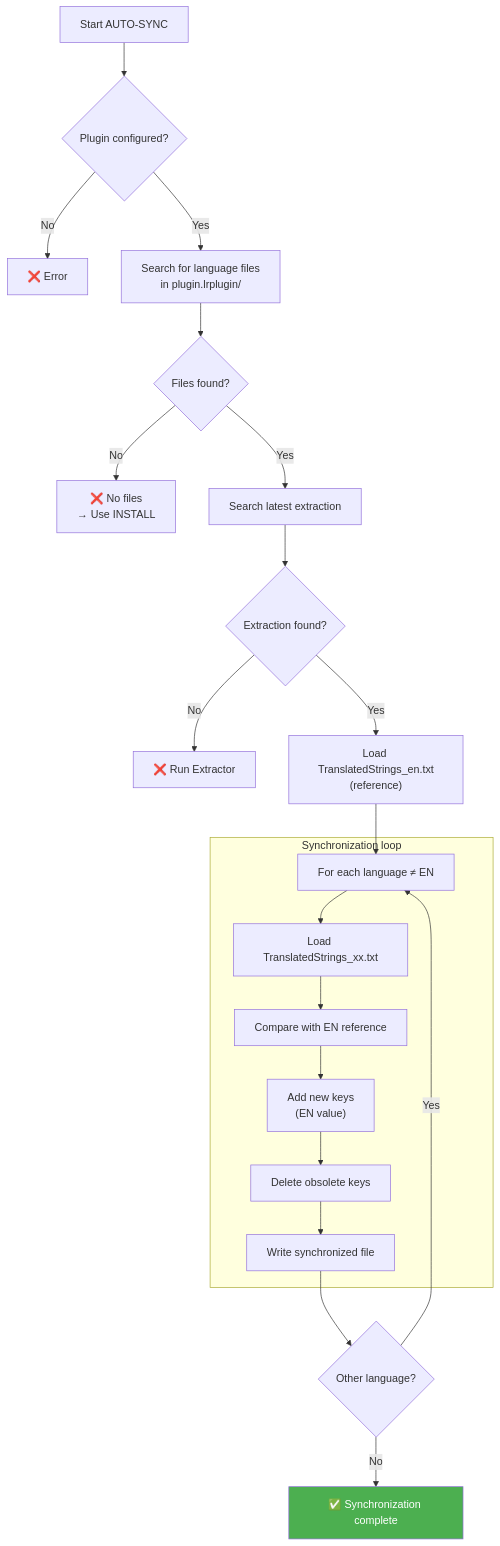
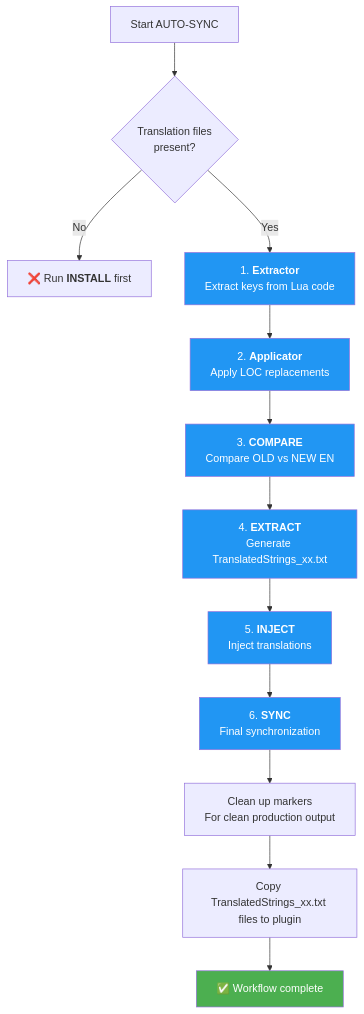
One commit to Gotcha26/Adobe_Lightroom_Translation_Plugins_Kit changed the second of 2 diagrams in tools/translator/__doc__/en/commands/AUTOSYNC.md. Above: the diagram before and after it, drawn with Mermaid. The commit also changed other lines of this file and 12 other files, not shown here.

Commit message:
fix: AUTO-SYNC / SYNC and lot of things.

````diff
--- a/tools/translator/__doc__/en/commands/AUTOSYNC.md
+++ b/tools/translator/__doc__/en/commands/AUTOSYNC.md
@@ -54,30 +69,24 @@
 ```mermaid
 flowchart TD
-    A["Start AUTO-SYNC"] --> B{"Plugin configured?"}
-    B -->|No| ERR1["❌ Error"]
-    B -->|Yes| C["Search for language files<br/>in plugin.lrplugin/"]
+    A["Start AUTO-SYNC"] --> B{"Translation files<br/>present?"}
+    B -->|No| ERR["❌ Run <b>INSTALL</b> first"]
+    B -->|Yes| C["1. <b>Extractor</b><br/>Extract keys from Lua code"]
 
-    C --> D{"Files found?"}
-    D -->|No| ERR2["❌ No files<br/>→ Use INSTALL"]
-    D -->|Yes| E["Search latest extraction"]
+    C --> D["2. <b>Applicator</b><br/>Apply LOC replacements"]
+    D --> E["3. <b>COMPARE</b><br/>Compare OLD vs NEW EN"]
+    E --> F["4. <b>EXTRACT</b><br/>Generate TranslatedStrings_xx.txt"]
+    F --> G["5. <b>INJECT</b><br/>Inject translations"]
+    G --> H["6. <b>SYNC</b><br/>Final synchronization"]
 
-    E --> F{"Extraction found?"}
-    F -->|No| ERR3["❌ Run Extractor"]
-    F -->|Yes| G["Load TranslatedStrings_en.txt<br/>(reference)"]
+    H --> I["Clean up markers<br/>For clean production output"]
+    I --> J["Copy TranslatedStrings_xx.txt files to plugin"]
+    J --> K["✅ Workflow complete"]
 
-    G --> H["For each language ≠ EN"]
-
-    subgraph Loop["Synchronization loop"]
-        H --> I["Load TranslatedStrings_xx.txt"]
-        I --> J["Compare with EN reference"]
-        J --> K["Add new keys<br/>(EN value)"]
-        K --> L["Delete obsolete keys"]
-        L --> M["Write synchronized file"]
-    end
-
-    M --> N{"Other language?"}
-    N -->|Yes| H
-    N -->|No| O["✅ Synchronization complete"]
-
-    style O fill:#4CAF50,color:#fff
+    style C fill:#2196F3,color:#fff
+    style D fill:#2196F3,color:#fff
+    style E fill:#2196F3,color:#fff
+    style F fill:#2196F3,color:#fff
+    style G fill:#2196F3,color:#fff
+    style H fill:#2196F3,color:#fff
+    style K fill:#4CAF50,color:#fff
 ```
````
